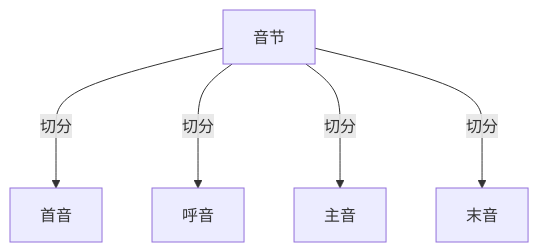
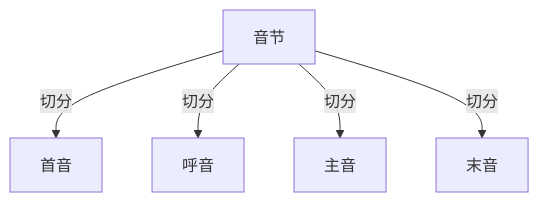
Before and after one commit to tsaanghwang/Yime-prototype: the diagram in YIME_Theory/flowchart/直接音元分析.mmd, drawn with Mermaid. The commit also changed 11 other files, not shown here.

```diff
--- a/YIME_Theory/flowchart/直接音元分析.mmd
+++ b/YIME_Theory/flowchart/直接音元分析.mmd
@@ -1,5 +1,5 @@
 graph TB
-    A[音节] --->|切分|B[首音]
-    A --->|切分|C[呼音]
-    A --->|切分|D[主音]
-    A --->|切分|E[末音]
+    A[音节] -->|切分|B[首音]
+    A -->|切分|C[呼音]
+    A -->|切分|D[主音]
+    A -->|切分|E[末音]
```
